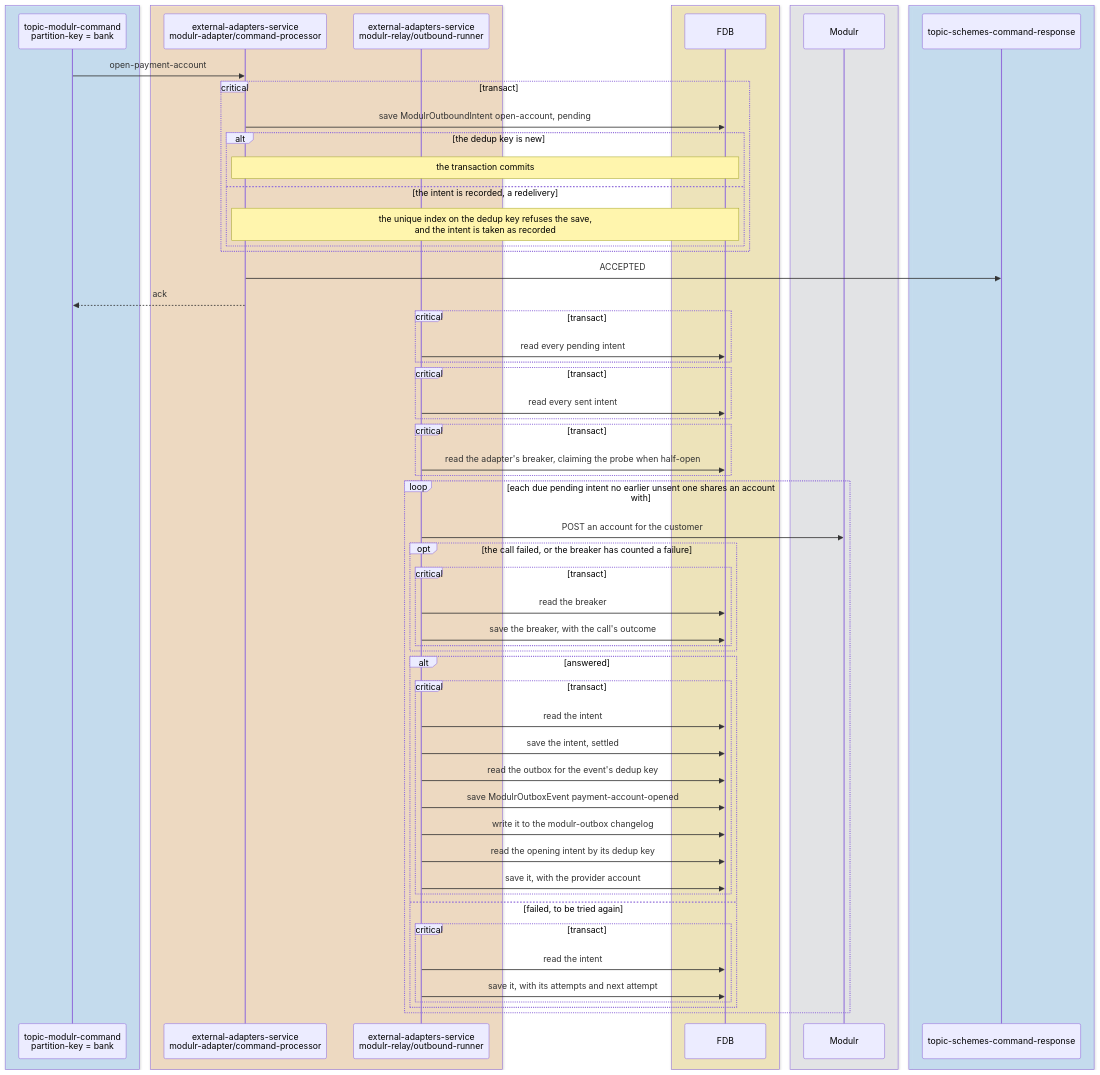
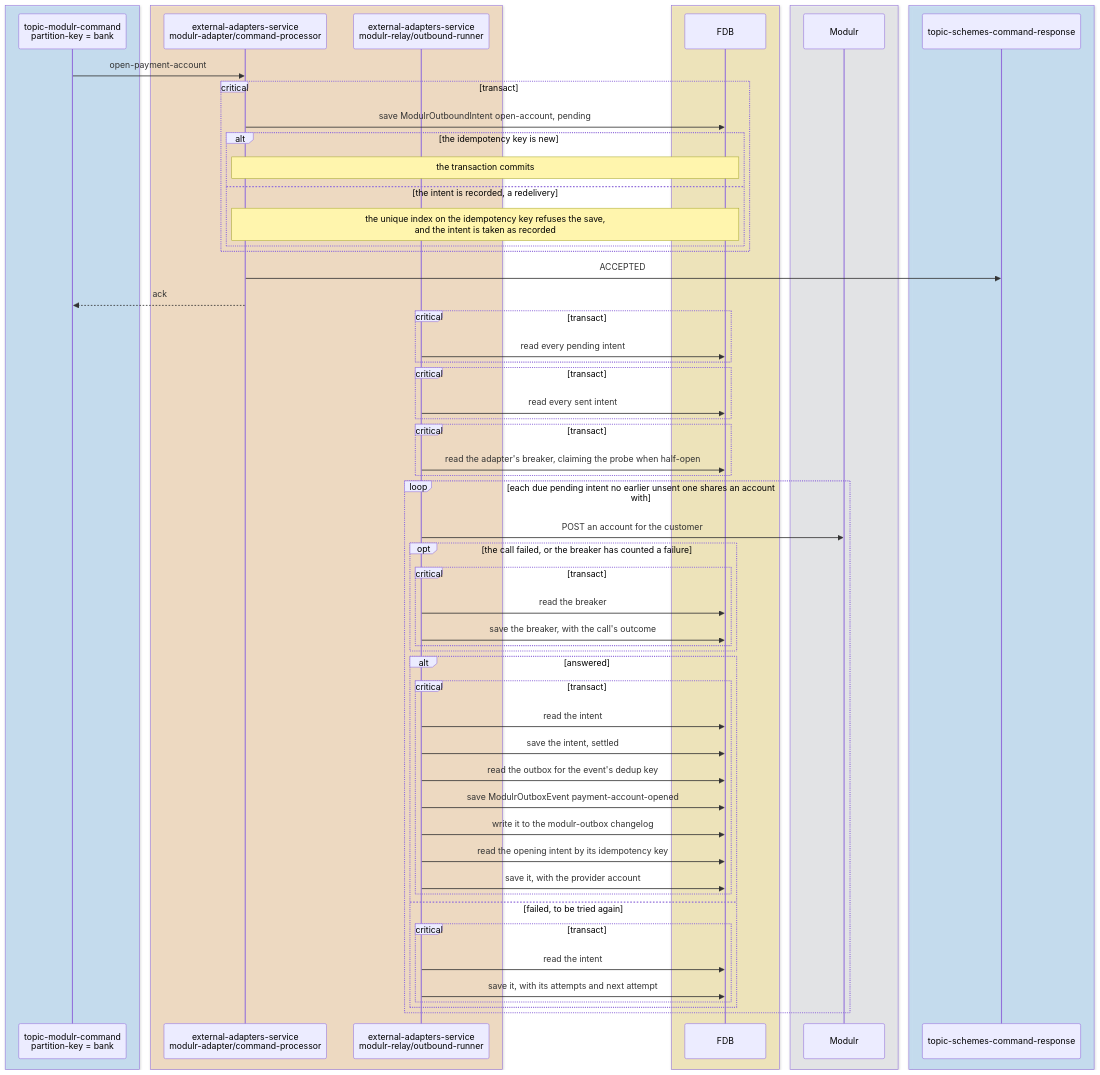
One commit to repldriven/queenswood changed the sixth of 6 diagrams in docs/tdd/transaction-processing.md. Above: the diagram before and after it, drawn with Mermaid. The commit also changed 1030 other files, not shown here.

````diff
--- a/docs/tdd/transaction-processing.md
+++ b/docs/tdd/transaction-processing.md
@@ -382,64 +382,64 @@
 ```mermaid
 sequenceDiagram
     box rgba(165, 216, 255, 0.45)
     participant MC as topic-modulr-command<br/>partition-key = bank
     end
     box rgba(255, 216, 168, 0.5)
     participant MA as external-adapters-service<br/>modulr-adapter/command-processor
     participant IP as external-adapters-service<br/>modulr-relay/outbound-runner
     end
     box rgba(255, 236, 153, 0.5)
     participant DB as FDB
     end
     box rgba(233, 236, 239, 0.5)
     participant M as Modulr
     end
     box rgba(165, 216, 255, 0.45)
     participant SR as topic-schemes-command-response
     end
     MC->>MA: open-payment-account
     critical transact
     MA->>DB: save ModulrOutboundIntent open-account, pending
-    alt the dedup key is new
+    alt the idempotency key is new
     Note over MA,DB: the transaction commits
     else the intent is recorded, a redelivery
-    Note over MA,DB: the unique index on the dedup key refuses the save,<br/>and the intent is taken as recorded
+    Note over MA,DB: the unique index on the idempotency key refuses the save,<br/>and the intent is taken as recorded
     end
     end
     MA->>SR: ACCEPTED
     MA-->>MC: ack
     critical transact
     IP->>DB: read every pending intent
     end
     critical transact
     IP->>DB: read every sent intent
     end
     critical transact
     IP->>DB: read the adapter's breaker, claiming the probe when half-open
     end
     loop each due pending intent no earlier unsent one shares an account with
     IP->>M: POST an account for the customer
     opt the call failed, or the breaker has counted a failure
     critical transact
     IP->>DB: read the breaker
     IP->>DB: save the breaker, with the call's outcome
     end
     end
     alt answered
     critical transact
     IP->>DB: read the intent
     IP->>DB: save the intent, settled
     IP->>DB: read the outbox for the event's dedup key
     IP->>DB: save ModulrOutboxEvent payment-account-opened
     IP->>DB: write it to the modulr-outbox changelog
-    IP->>DB: read the opening intent by its dedup key
+    IP->>DB: read the opening intent by its idempotency key
     IP->>DB: save it, with the provider account
     end
     else failed, to be tried again
     critical transact
     IP->>DB: read the intent
     IP->>DB: save it, with its attempts and next attempt
     end
     end
     end
 ```
````
